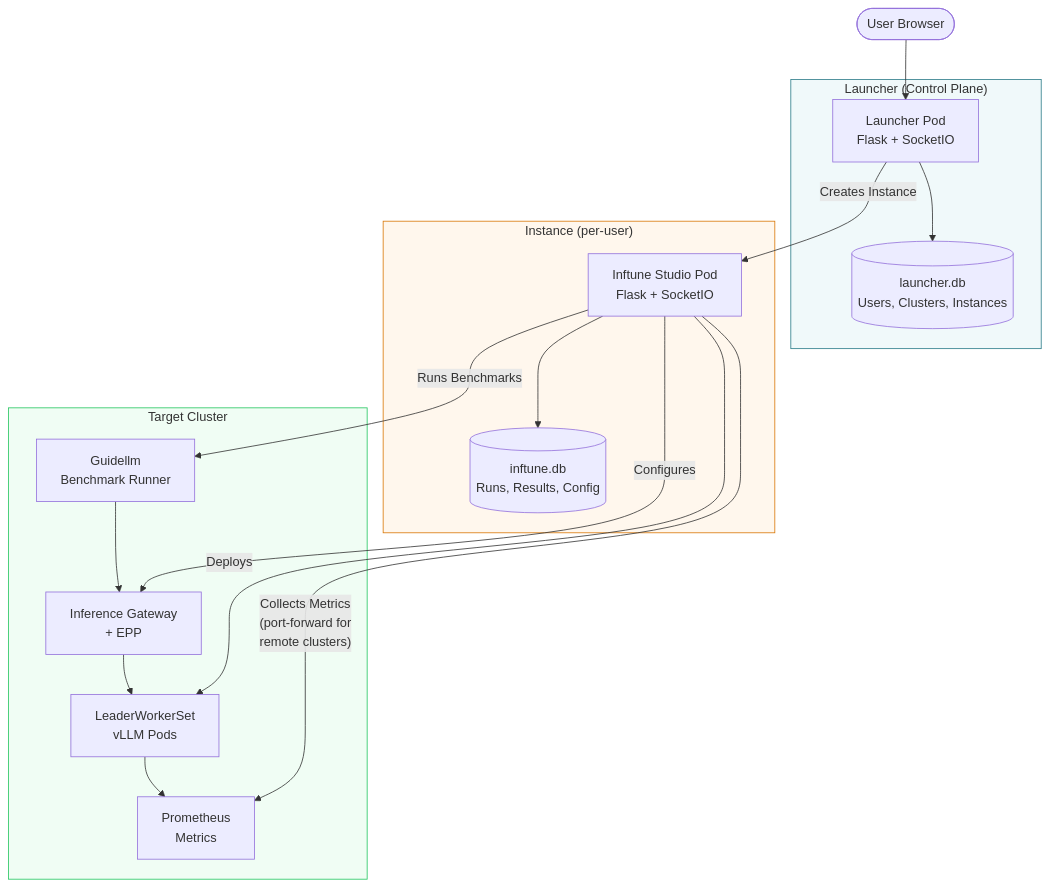
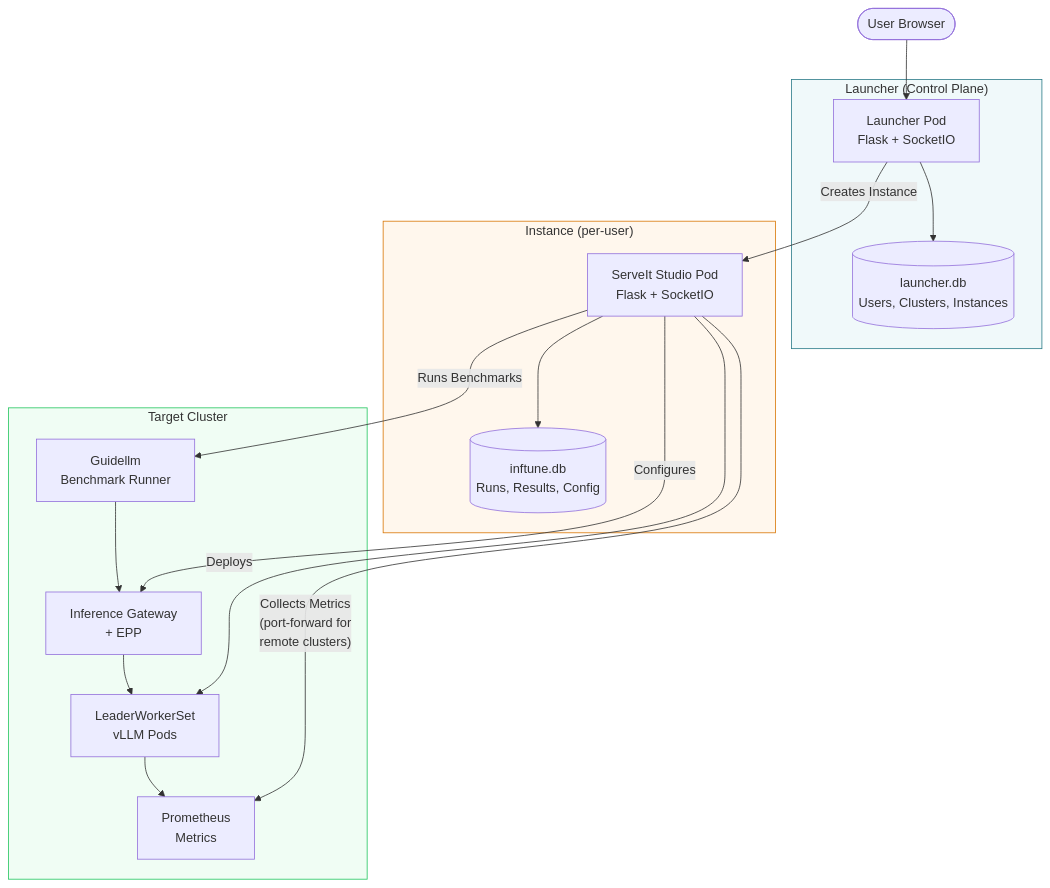
Before and after one commit to openshift-psap/serveit-studio: the first of 13 diagrams in docs/diagrams.md, drawn with Mermaid. The commit also changed other lines of this file and 127 other files, not shown here.

First line of the commit message:
Rename Inftune Studio to ServeIt Studio

````diff
--- a/docs/diagrams.md
+++ b/docs/diagrams.md
@@ -9,35 +9,35 @@
 ```mermaid
 graph TB
     subgraph Launcher["Launcher (Control Plane)"]
         LP[Launcher Pod<br>Flask + SocketIO]
         LDB[(launcher.db<br>Users, Clusters, Instances)]
         LP --> LDB
     end
 
     subgraph Instance["Instance (per-user)"]
-        IP[Inftune Studio Pod<br>Flask + SocketIO]
+        IP[ServeIt Studio Pod<br>Flask + SocketIO]
         IDB[(inftune.db<br>Runs, Results, Config)]
         IP --> IDB
     end
 
     subgraph K8s["Target Cluster"]
         LWS[LeaderWorkerSet<br>vLLM Pods]
         GW[Inference Gateway<br>+ EPP]
         GL[Guidellm<br>Benchmark Runner]
         PM[Prometheus<br>Metrics]
         LWS --> PM
         GW --> LWS
         GL --> GW
     end
 
     User([User Browser]) --> LP
     LP -->|Creates Instance| IP
     IP -->|Deploys| LWS
     IP -->|Configures| GW
     IP -->|Runs Benchmarks| GL
     IP -->|"Collects Metrics<br>(port-forward for<br>remote clusters)"| PM
 
     style Launcher fill:#f0f9fa,stroke:#2A7B88
     style Instance fill:#fff7ed,stroke:#d97706
     style K8s fill:#f0fdf4,stroke:#22c55e
 ```
````
